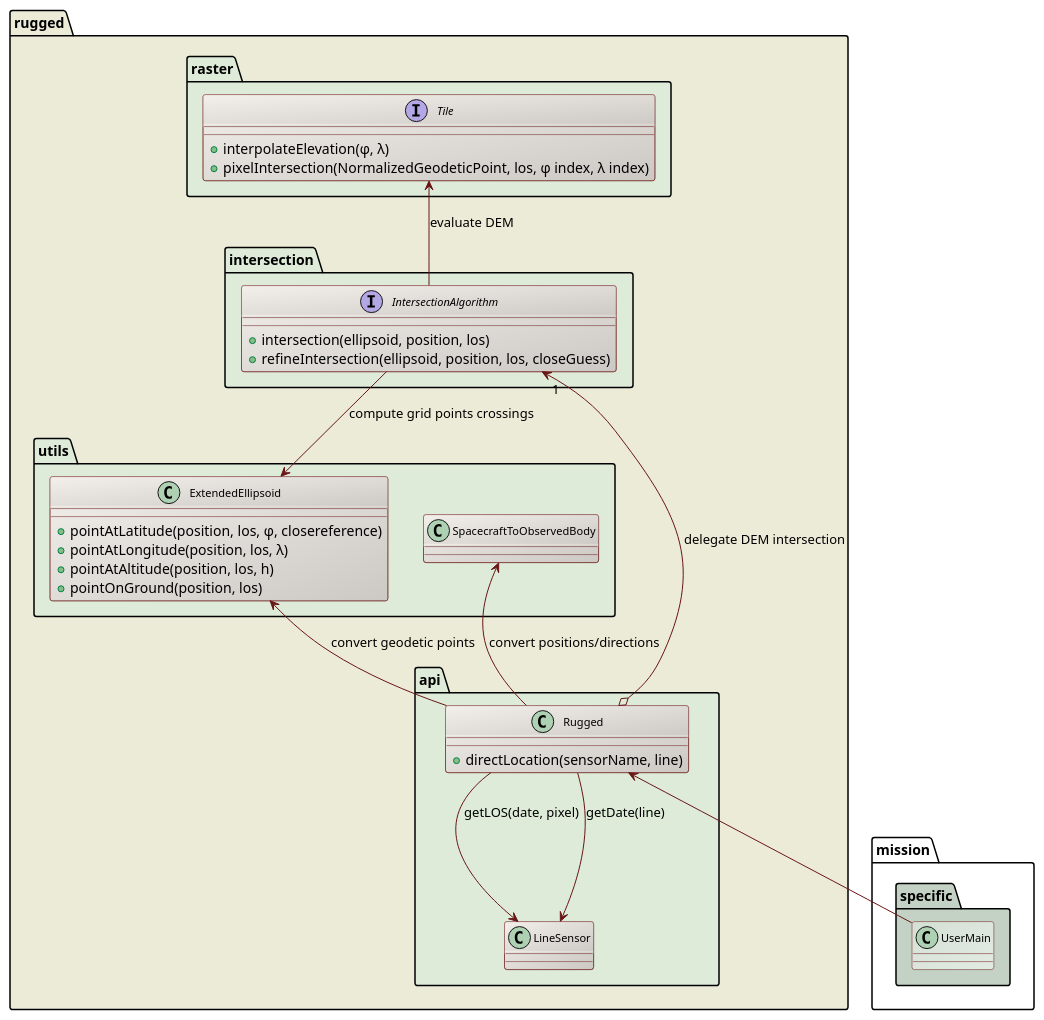
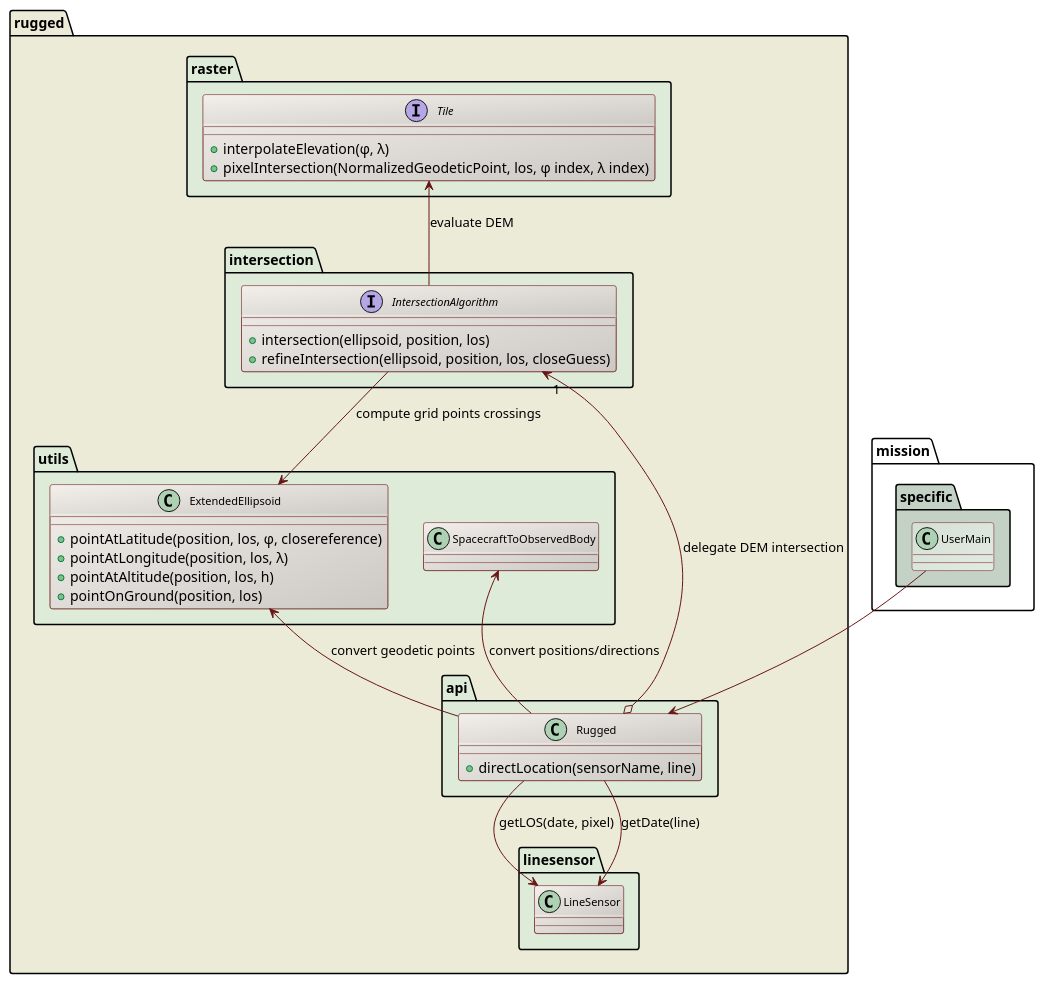
Before and after one commit to CS-SI/Rugged: the diagram in design/direct-location-class-diagram.puml, drawn with PlantUML. The commit also changed 42 other files, not shown here.

```diff
--- a/design/direct-location-class-diagram.puml
+++ b/design/direct-location-class-diagram.puml
@@ -17,60 +17,63 @@
 @startuml
 
   skinparam svek                  true
   skinparam ClassBackgroundColor  #F3EFEB/CCC9C5
   skinparam ClassArrowColor       #691616
   skinparam ClassBorderColor      #691616
   skinparam NoteBackgroundColor   #F3EFEB
   skinparam NoteBorderColor       #691616
   skinparam NoteFontColor         #691616
   skinparam ClassFontSize         11
 
   package rugged #ECEBD8 {
 
     package raster #DDEBD8 {
       interface Tile {
         +interpolateElevation(φ, λ)
         +pixelIntersection(NormalizedGeodeticPoint, los, φ index, λ index)
       }
     }
 
     package intersection #DDEBD8 {
       interface IntersectionAlgorithm {
         +intersection(ellipsoid, position, los)
         +refineIntersection(ellipsoid, position, los, closeGuess)
       }
       Tile <-- IntersectionAlgorithm : evaluate DEM
     }
 
     package utils #DDEBD8 {
 
       class ExtendedEllipsoid {
         +pointAtLatitude(position, los, φ, closereference)
         +pointAtLongitude(position, los, λ)
         +pointAtAltitude(position, los, h)
         +pointOnGround(position, los)
       }
       class SpacecraftToObservedBody
       IntersectionAlgorithm --> ExtendedEllipsoid : compute grid points crossings
     }
 
     package api #DDEBD8 {
       class Rugged {
         +directLocation(sensorName, line)
       }
-      class LineSensor
       IntersectionAlgorithm "1" <--o Rugged : delegate DEM intersection
       ExtendedEllipsoid <-- Rugged : convert geodetic points
+      SpacecraftToObservedBody <-- Rugged : convert positions/directions
+    }
+
+    package linesensor #DDEBD8 {
+      class LineSensor
       Rugged --> LineSensor : getLOS(date, pixel)
       Rugged --> LineSensor : getDate(line)
-      SpacecraftToObservedBody <-- Rugged : convert positions/directions
     }
 
   }
 
   package mission.specific #C4D2C5 {
     class UserMain #D5E0D5/E2EBE2
-    Rugged              <-- UserMain
+    UserMain -->  Rugged 
   }
 
 @enduml
```
